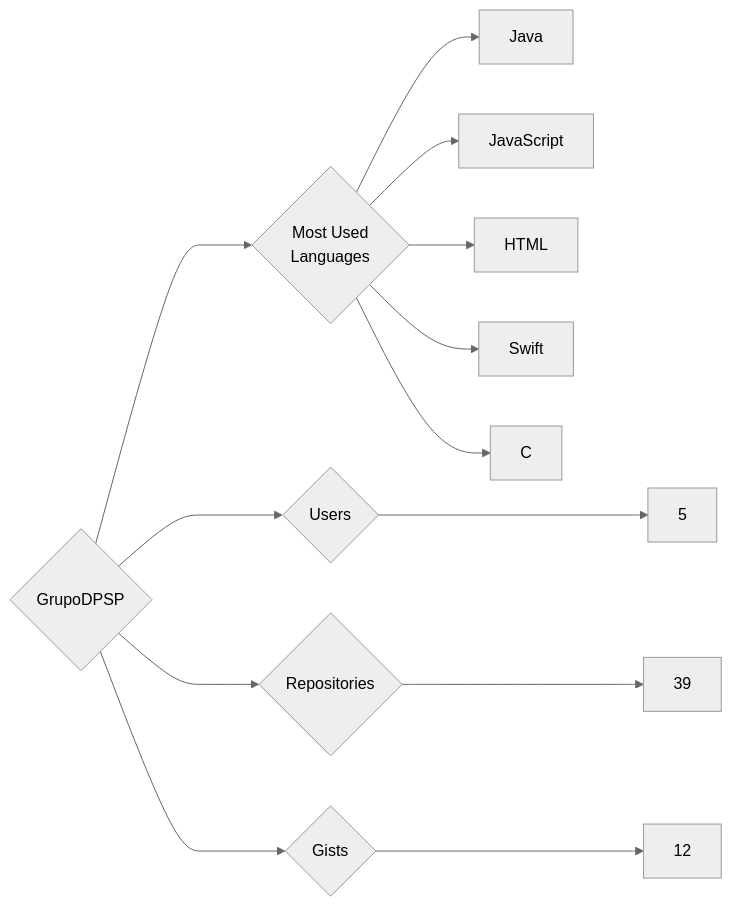
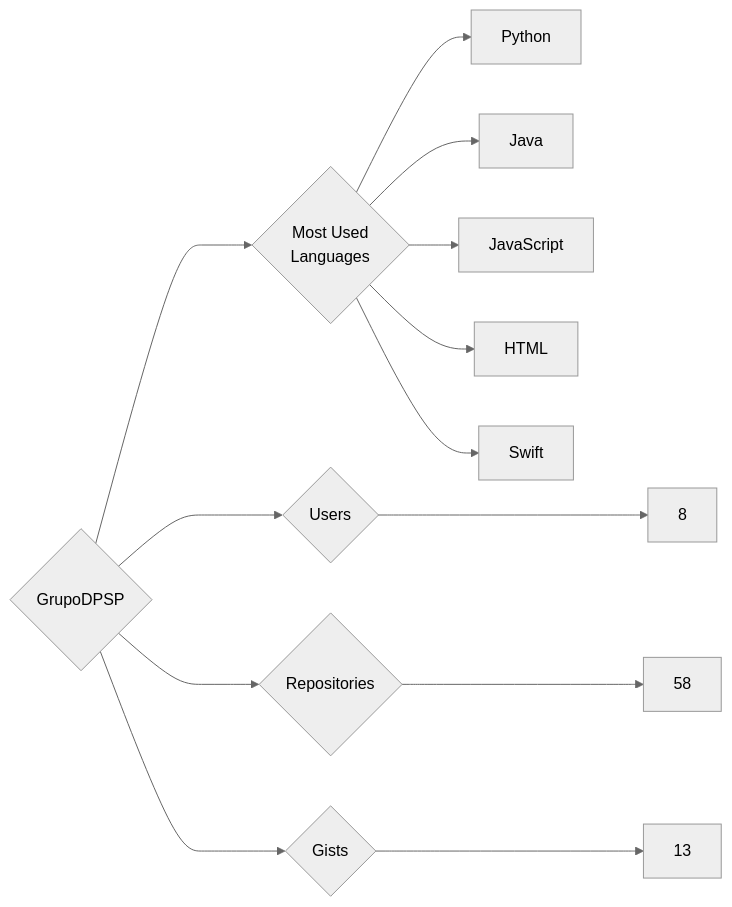
One commit to trickest/insiders changed the diagram in targets/GrupoDPSP/README.md. Above: the diagram before and after it, drawn with Mermaid (neutral theme). The commit also changed 1084 other files, not shown here.

````diff
--- a/targets/GrupoDPSP/README.md
+++ b/targets/GrupoDPSP/README.md
@@ -3,13 +3,13 @@
 ```mermaid
 graph LR
 COMPANY_NAME{GrupoDPSP}
-COMPANY_NAME ---> U{Users} ---> UN[5]
-COMPANY_NAME ---> R{Repositories} ---> RN[39]
-COMPANY_NAME ---> G{Gists} ---> GN[12]
+COMPANY_NAME ---> U{Users} ---> UN[8]
+COMPANY_NAME ---> R{Repositories} ---> RN[58]
+COMPANY_NAME ---> G{Gists} ---> GN[13]
 COMPANY_NAME ---> ML{Most Used<br>Languages}
+ML --> Python[Python]
 ML --> Java[Java]
 ML --> JavaScript[JavaScript]
 ML --> HTML[HTML]
 ML --> Swift[Swift]
-ML --> C[C]
 ```
````
